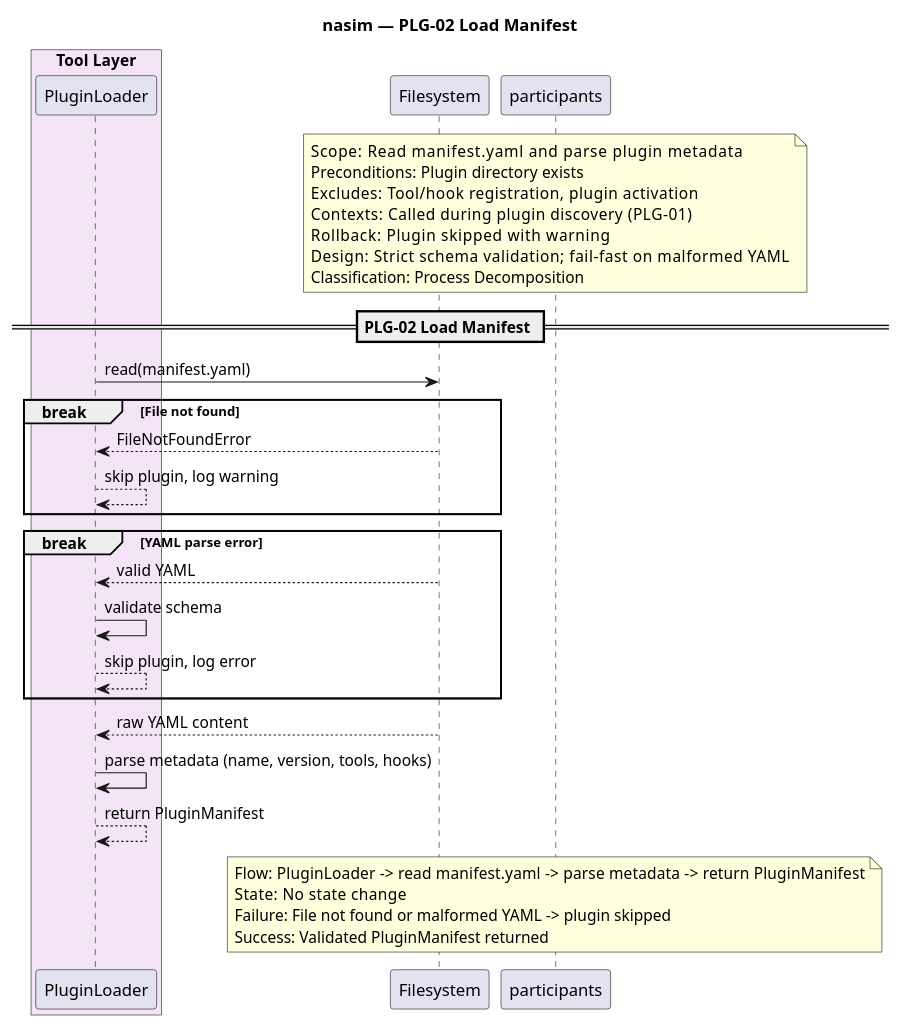
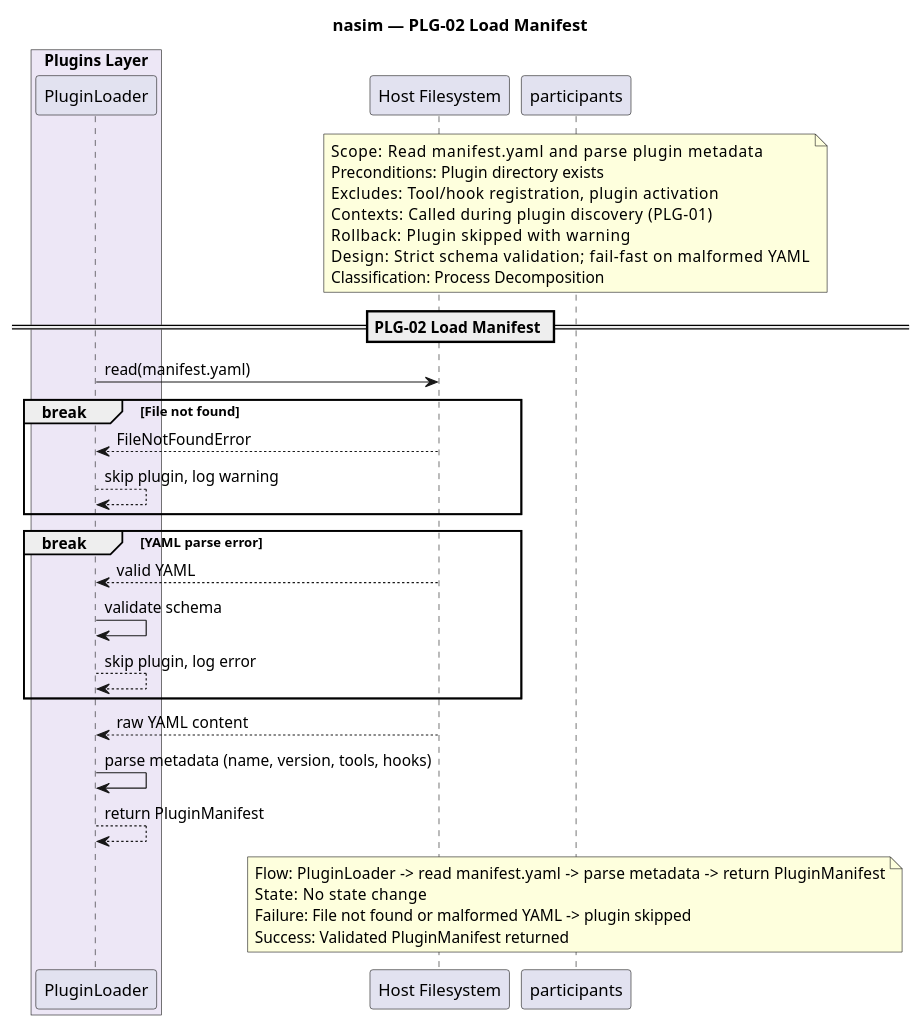
The diagram in docs/SQ/PLG/sq_plg02_load_manifest.puml (salimnamvar/nasim), drawn with PlantUML before and after one commit. The commit also changed 153 other files, not shown here.

```diff
--- a/docs/SQ/PLG/sq_plg02_load_manifest.puml
+++ b/docs/SQ/PLG/sq_plg02_load_manifest.puml
@@ -1,55 +1,55 @@
 @startuml sq_plg02_load_manifest
 ' ============================================================
 ' Title:     PLG-02 — Load Manifest
 ' Boundary:  nasim code agent
 ' Purpose:   Read and parse a plugin's manifest.yaml file
 ' Milestone: v1.0
 ' Version:   1.0.0
 ' Source:    docs/UC/README.md
-' Review:    docs/audit/audit.2026.06.20.sq-sm-chain.car.md
+' Review:    docs/SQ/README.md
 ' ============================================================
 
 title nasim — PLG-02 Load Manifest
 
-box "Tool Layer" #F3E5F5
+box "Plugins Layer" #EDE7F6
   participant "PluginLoader" as loader
 end box
-participant "Filesystem" as fs
+participant "Host Filesystem" as fs
 
 note over participants
   Scope:          Read manifest.yaml and parse plugin metadata
   Preconditions:  Plugin directory exists
   Excludes:       Tool/hook registration, plugin activation
   Contexts:       Called during plugin discovery (PLG-01)
   Rollback:       Plugin skipped with warning
   Design:         Strict schema validation; fail-fast on malformed YAML
   Classification: Process Decomposition
 end note
 
 == PLG-02 Load Manifest ==
 
 loader -> fs : read(manifest.yaml)
 
 break File not found
     fs --> loader : FileNotFoundError
     loader --> loader : skip plugin, log warning
 end
 
 break YAML parse error
     fs --> loader : valid YAML
     loader -> loader : validate schema
     loader --> loader : skip plugin, log error
 end
 
 fs --> loader : raw YAML content
 loader -> loader : parse metadata (name, version, tools, hooks)
 loader --> loader : return PluginManifest
 
 note over participants
   Flow:    PluginLoader -> read manifest.yaml -> parse metadata -> return PluginManifest
   State:   No state change
   Failure: File not found or malformed YAML -> plugin skipped
   Success: Validated PluginManifest returned
 end note
 
 @enduml
```
